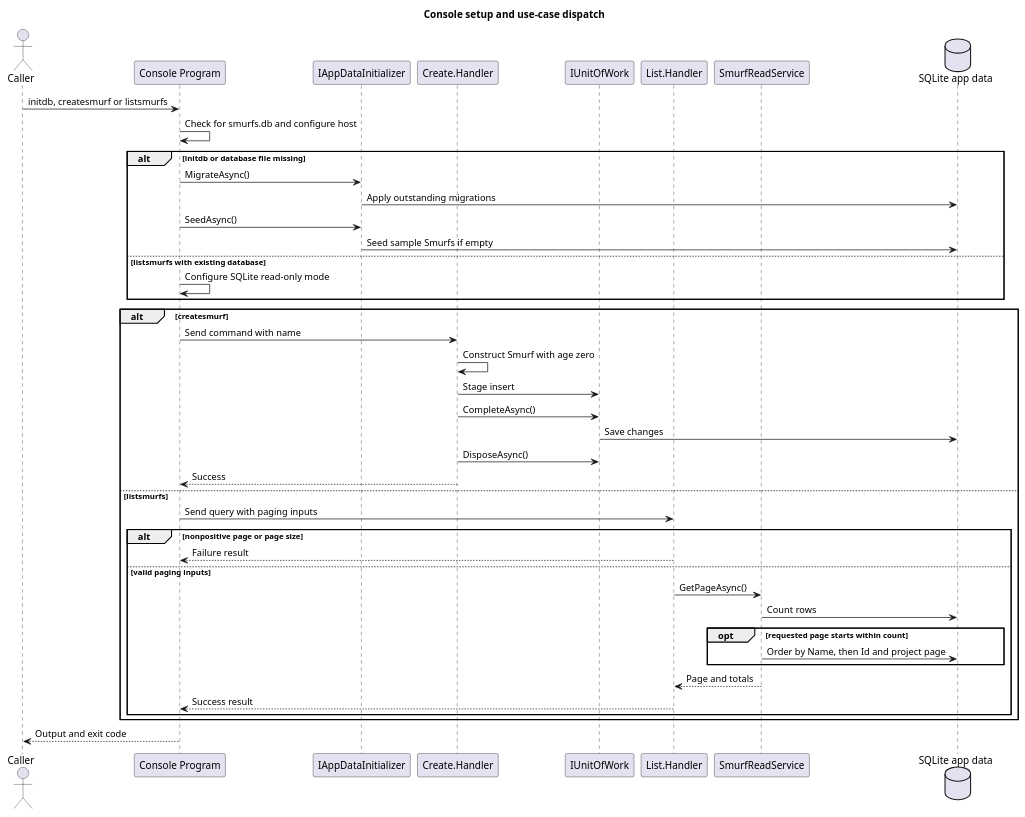
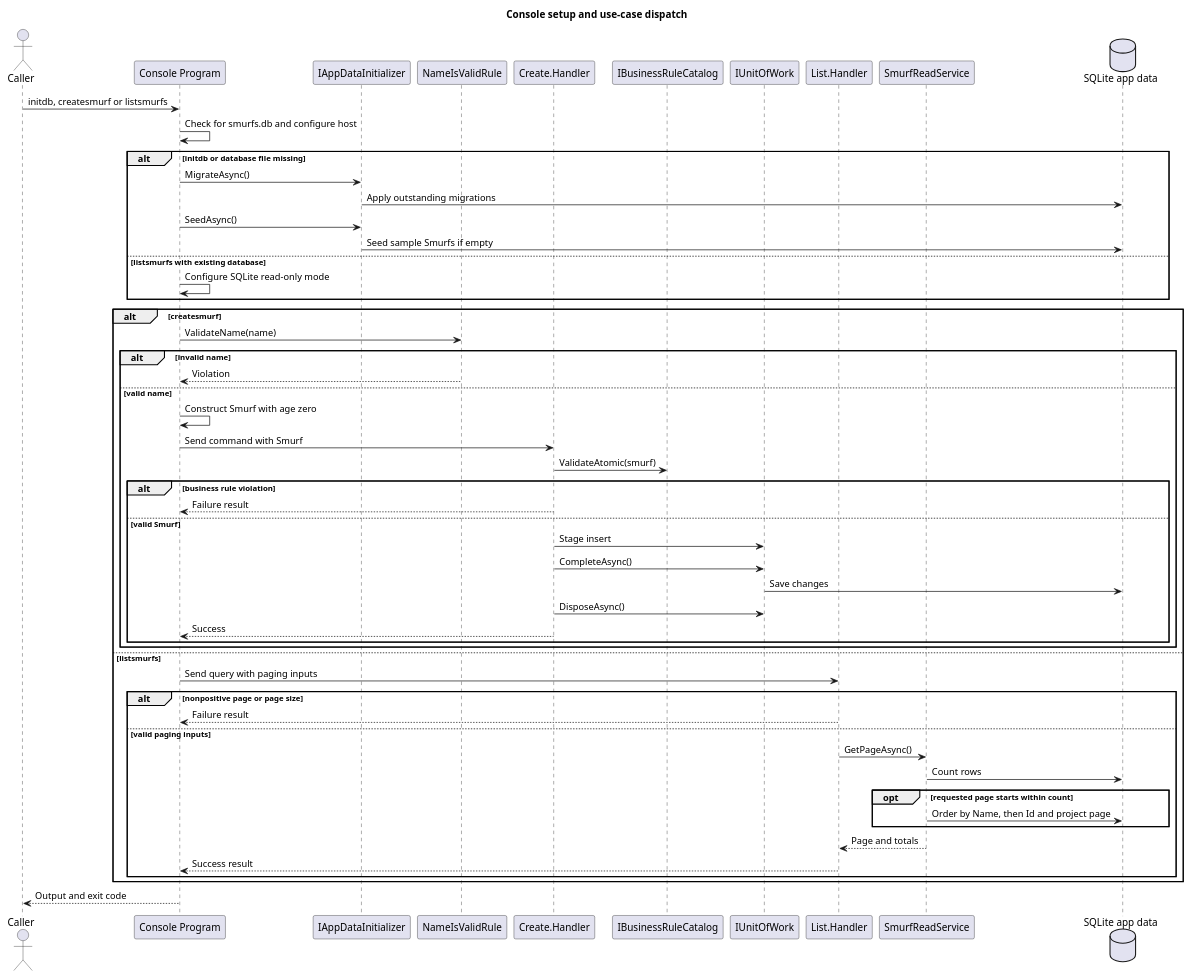
Before and after one commit to EbbeMeloSorensen/Smurfs: the diagram in docs/behavioral/diagrams/console-workflow.puml, drawn with PlantUML. The commit also changed 14 other files, not shown here.

```diff
--- a/docs/behavioral/diagrams/console-workflow.puml
+++ b/docs/behavioral/diagrams/console-workflow.puml
@@ -1,45 +1,57 @@
 @startuml
 title Console setup and use-case dispatch
 actor Caller
 participant "Console Program" as CLI
 participant IAppDataInitializer as Setup
+participant NameIsValidRule as NameRule
 participant "Create.Handler" as Create
+participant IBusinessRuleCatalog as Catalog
 participant IUnitOfWork as WriteSession
 participant "List.Handler" as List
 participant SmurfReadService as ReadService
 database "SQLite app data" as DB
 
 Caller -> CLI : initdb, createsmurf or listsmurfs
 CLI -> CLI : Check for smurfs.db and configure host
 alt initdb or database file missing
   CLI -> Setup : MigrateAsync()
   Setup -> DB : Apply outstanding migrations
   CLI -> Setup : SeedAsync()
   Setup -> DB : Seed sample Smurfs if empty
 else listsmurfs with existing database
   CLI -> CLI : Configure SQLite read-only mode
 end
 alt createsmurf
-  CLI -> Create : Send command with name
-  Create -> Create : Construct Smurf with age zero
-  Create -> WriteSession : Stage insert
-  Create -> WriteSession : CompleteAsync()
-  WriteSession -> DB : Save changes
-  Create -> WriteSession : DisposeAsync()
-  Create --> CLI : Success
+  CLI -> NameRule : ValidateName(name)
+  alt invalid name
+    NameRule --> CLI : Violation
+  else valid name
+    CLI -> CLI : Construct Smurf with age zero
+    CLI -> Create : Send command with Smurf
+    Create -> Catalog : ValidateAtomic(smurf)
+    alt business rule violation
+      Create --> CLI : Failure result
+    else valid Smurf
+      Create -> WriteSession : Stage insert
+      Create -> WriteSession : CompleteAsync()
+      WriteSession -> DB : Save changes
+      Create -> WriteSession : DisposeAsync()
+      Create --> CLI : Success
+    end
+  end
 else listsmurfs
   CLI -> List : Send query with paging inputs
   alt nonpositive page or page size
     List --> CLI : Failure result
   else valid paging inputs
     List -> ReadService : GetPageAsync()
     ReadService -> DB : Count rows
     opt requested page starts within count
       ReadService -> DB : Order by Name, then Id and project page
     end
     ReadService --> List : Page and totals
     List --> CLI : Success result
   end
 end
 CLI --> Caller : Output and exit code
 @enduml
```
